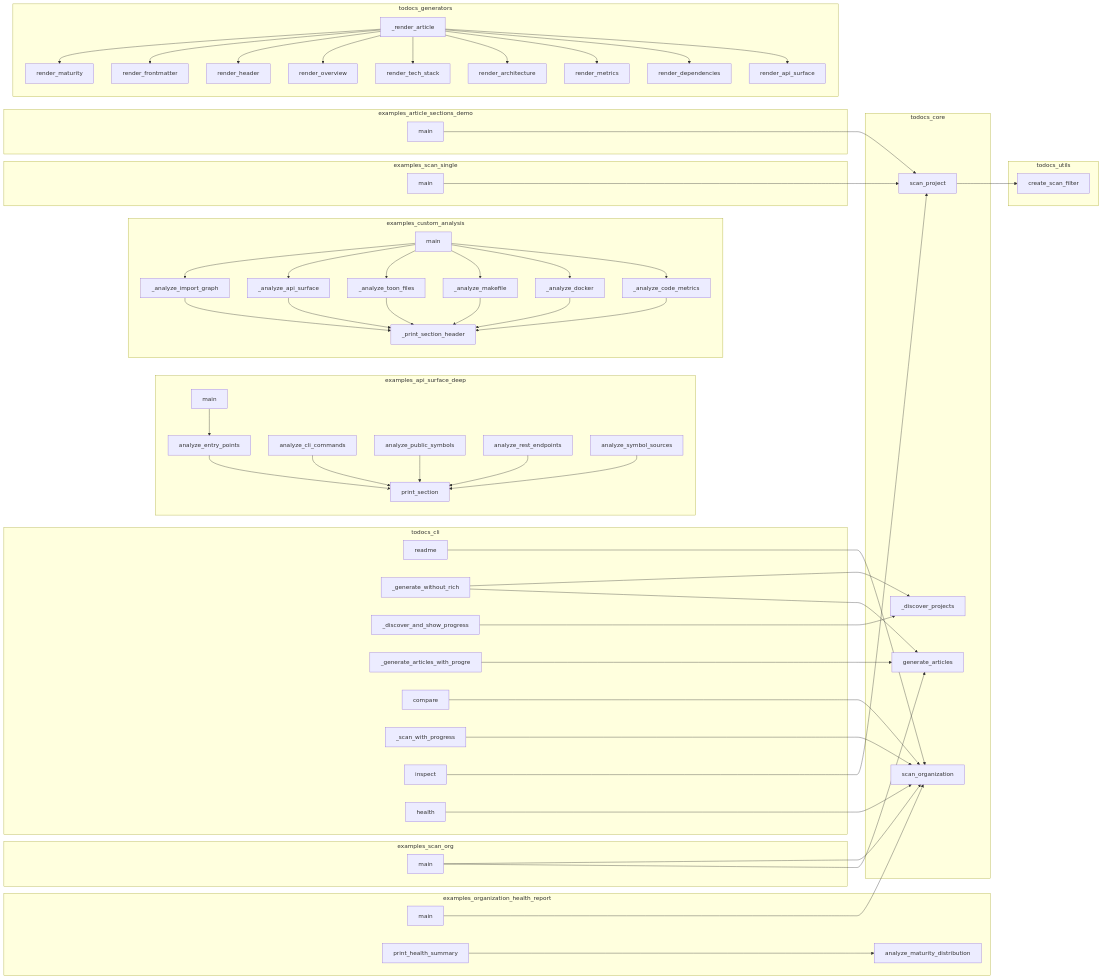
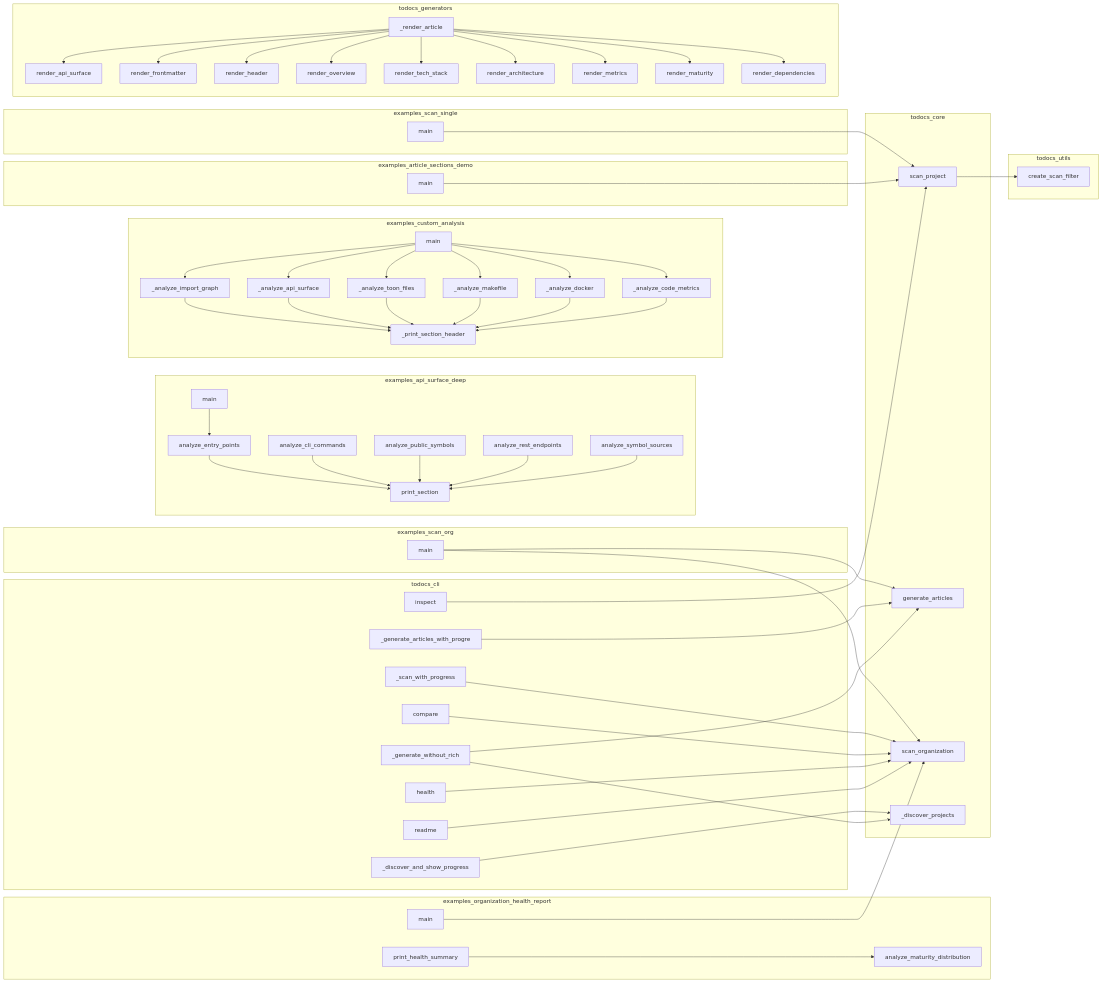
Before and after one commit to wronai/todocs: the diagram in project/calls.mmd, drawn with Mermaid. The commit also changed other lines of this file and 45 other files, not shown here.

```diff
--- a/project/calls.mmd
+++ b/project/calls.mmd
@@ -1,108 +1,108 @@
 flowchart LR
     subgraph examples_api_surface_deep
+        examples__api_surface_deep__analyze_cli_commands["analyze_cli_commands"]
+        examples__api_surface_deep__analyze_entry_points["analyze_entry_points"]
+        examples__api_surface_deep__print_section["print_section"]
         examples__api_surface_deep__analyze_symbol_sources["analyze_symbol_sources"]
-        examples__api_surface_deep__analyze_entry_points["analyze_entry_points"]
-        examples__api_surface_deep__analyze_rest_endpoints["analyze_rest_endpoints"]
-        examples__api_surface_deep__print_section["print_section"]
         examples__api_surface_deep__analyze_public_symbols["analyze_public_symbols"]
         examples__api_surface_deep__main["main"]
-        examples__api_surface_deep__analyze_cli_commands["analyze_cli_commands"]
+        examples__api_surface_deep__analyze_rest_endpoints["analyze_rest_endpoints"]
     end
     subgraph examples_article_sections_demo
         examples__article_sections_demo__main["main"]
     end
     subgraph examples_custom_analysis
+        examples__custom_analysis___analyze_docker["_analyze_docker"]
         examples__custom_analysis___analyze_import_graph["_analyze_import_graph"]
+        examples__custom_analysis___analyze_makefile["_analyze_makefile"]
+        examples__custom_analysis__main["main"]
         examples__custom_analysis___analyze_code_metrics["_analyze_code_metrics"]
-        examples__custom_analysis__main["main"]
-        examples__custom_analysis___analyze_toon_files["_analyze_toon_files"]
-        examples__custom_analysis___analyze_makefile["_analyze_makefile"]
         examples__custom_analysis___analyze_api_surface["_analyze_api_surface"]
         examples__custom_analysis___print_section_header["_print_section_header"]
-        examples__custom_analysis___analyze_docker["_analyze_docker"]
+        examples__custom_analysis___analyze_toon_files["_analyze_toon_files"]
     end
     subgraph examples_organization_health_report
+        examples__print_health_summary["print_health_summary"]
         examples__organization_health_report__main["main"]
         examples__analyze_maturity_distribution["analyze_maturity_distribution"]
-        examples__print_health_summary["print_health_summary"]
     end
     subgraph examples_scan_org
         examples__scan_org__main["main"]
     end
     subgraph examples_scan_single
         examples__scan_single__main["main"]
     end
     subgraph todocs_cli
+        todocs__cli___generate_articles_with_progress["_generate_articles_with_progre"]
+        todocs__cli___discover_and_show_progress["_discover_and_show_progress"]
+        todocs__cli___scan_with_progress["_scan_with_progress"]
         todocs__cli__readme["readme"]
+        todocs__cli__compare["compare"]
         todocs__cli___generate_without_rich["_generate_without_rich"]
-        todocs__cli___discover_and_show_progress["_discover_and_show_progress"]
-        todocs__cli___generate_articles_with_progress["_generate_articles_with_progre"]
-        todocs__cli__compare["compare"]
-        todocs__cli___scan_with_progress["_scan_with_progress"]
         todocs__cli__inspect["inspect"]
         todocs__cli__health["health"]
     end
     subgraph todocs_core
+        todocs__core__scan_project["scan_project"]
+        todocs__core__generate_articles["generate_articles"]
+        todocs__core__scan_organization["scan_organization"]
         todocs__core___discover_projects["_discover_projects"]
-        todocs__core__scan_project["scan_project"]
-        todocs__core__scan_organization["scan_organization"]
-        todocs__core__generate_articles["generate_articles"]
     end
     subgraph todocs_generators
+        todocs__render_api_surface["render_api_surface"]
+        todocs__render_architecture["render_architecture"]
+        todocs__render_tech_stack["render_tech_stack"]
+        todocs__render_overview["render_overview"]
+        todocs__render_header["render_header"]
+        todocs___render_article["_render_article"]
         todocs__render_maturity["render_maturity"]
-        todocs__render_overview["render_overview"]
+        todocs__render_metrics["render_metrics"]
         todocs__render_frontmatter["render_frontmatter"]
         todocs__render_dependencies["render_dependencies"]
-        todocs__render_api_surface["render_api_surface"]
-        todocs__render_tech_stack["render_tech_stack"]
-        todocs__render_architecture["render_architecture"]
-        todocs___render_article["_render_article"]
-        todocs__render_metrics["render_metrics"]
-        todocs__render_header["render_header"]
     end
     subgraph todocs_utils
         todocs__utils__create_scan_filter["create_scan_filter"]
     end
+    examples__scan_single__main --> todocs__core__scan_project
+    examples__print_health_summary --> examples__analyze_maturity_distribution
+    examples__organization_health_report__main --> todocs__core__scan_organization
     examples__article_sections_demo__main --> todocs__core__scan_project
-    examples__scan_org__main --> todocs__core__scan_organization
-    examples__scan_org__main --> todocs__core__generate_articles
     examples__custom_analysis___analyze_import_graph --> examples__custom_analysis___print_section_header
     examples__custom_analysis___analyze_api_surface --> examples__custom_analysis___print_section_header
     examples__custom_analysis___analyze_toon_files --> examples__custom_analysis___print_section_header
     examples__custom_analysis___analyze_makefile --> examples__custom_analysis___print_section_header
     examples__custom_analysis___analyze_docker --> examples__custom_analysis___print_section_header
     examples__custom_analysis___analyze_code_metrics --> examples__custom_analysis___print_section_header
     examples__custom_analysis__main --> examples__custom_analysis___analyze_import_graph
     examples__custom_analysis__main --> examples__custom_analysis___analyze_api_surface
     examples__custom_analysis__main --> examples__custom_analysis___analyze_toon_files
     examples__custom_analysis__main --> examples__custom_analysis___analyze_makefile
     examples__custom_analysis__main --> examples__custom_analysis___analyze_docker
     examples__custom_analysis__main --> examples__custom_analysis___analyze_code_metrics
-    examples__scan_single__main --> todocs__core__scan_project
+    examples__scan_org__main --> todocs__core__scan_organization
+    examples__scan_org__main --> todocs__core__generate_articles
     examples__api_surface_deep__analyze_entry_points --> examples__api_surface_deep__print_section
     examples__api_surface_deep__analyze_cli_commands --> examples__api_surface_deep__print_section
     examples__api_surface_deep__analyze_public_symbols --> examples__api_surface_deep__print_section
     examples__api_surface_deep__analyze_rest_endpoints --> examples__api_surface_deep__print_section
     examples__api_surface_deep__analyze_symbol_sources --> examples__api_surface_deep__print_section
     examples__api_surface_deep__main --> examples__api_surface_deep__analyze_entry_points
-    examples__print_health_summary --> examples__analyze_maturity_distribution
-    examples__organization_health_report__main --> todocs__core__scan_organization
     todocs__cli___discover_and_show_progress --> todocs__core___discover_projects
     todocs__cli___scan_with_progress --> todocs__core__scan_organization
     todocs__cli___generate_articles_with_progress --> todocs__core__generate_articles
     todocs__cli___generate_without_rich --> todocs__core___discover_projects
     todocs__cli___generate_without_rich --> todocs__core__generate_articles
     todocs__cli__inspect --> todocs__core__scan_project
     todocs__cli__compare --> todocs__core__scan_organization
     todocs__cli__health --> todocs__core__scan_organization
     todocs__cli__readme --> todocs__core__scan_organization
     todocs___render_article --> todocs__render_frontmatter
     todocs___render_article --> todocs__render_header
     todocs___render_article --> todocs__render_overview
     todocs___render_article --> todocs__render_tech_stack
     todocs___render_article --> todocs__render_architecture
     todocs___render_article --> todocs__render_metrics
     todocs___render_article --> todocs__render_maturity
     todocs___render_article --> todocs__render_dependencies
     todocs___render_article --> todocs__render_api_surface
     todocs__core__scan_project --> todocs__utils__create_scan_filter
```
